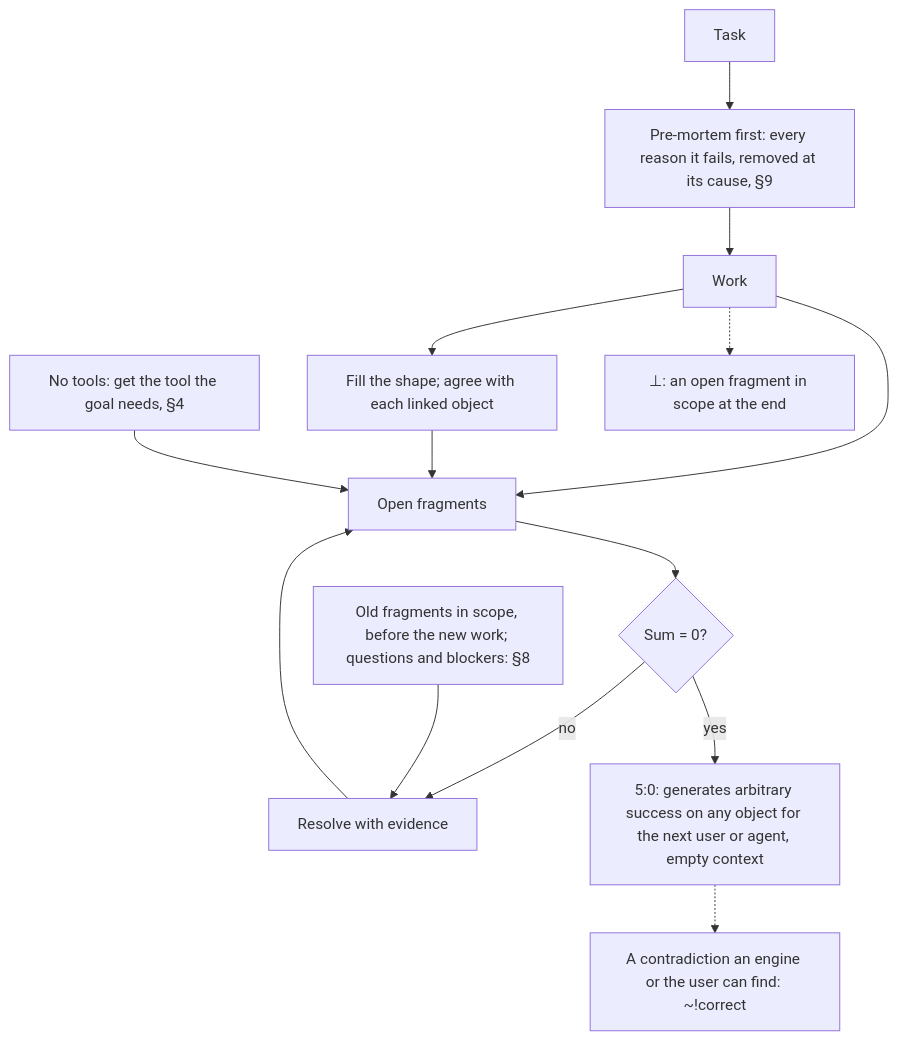
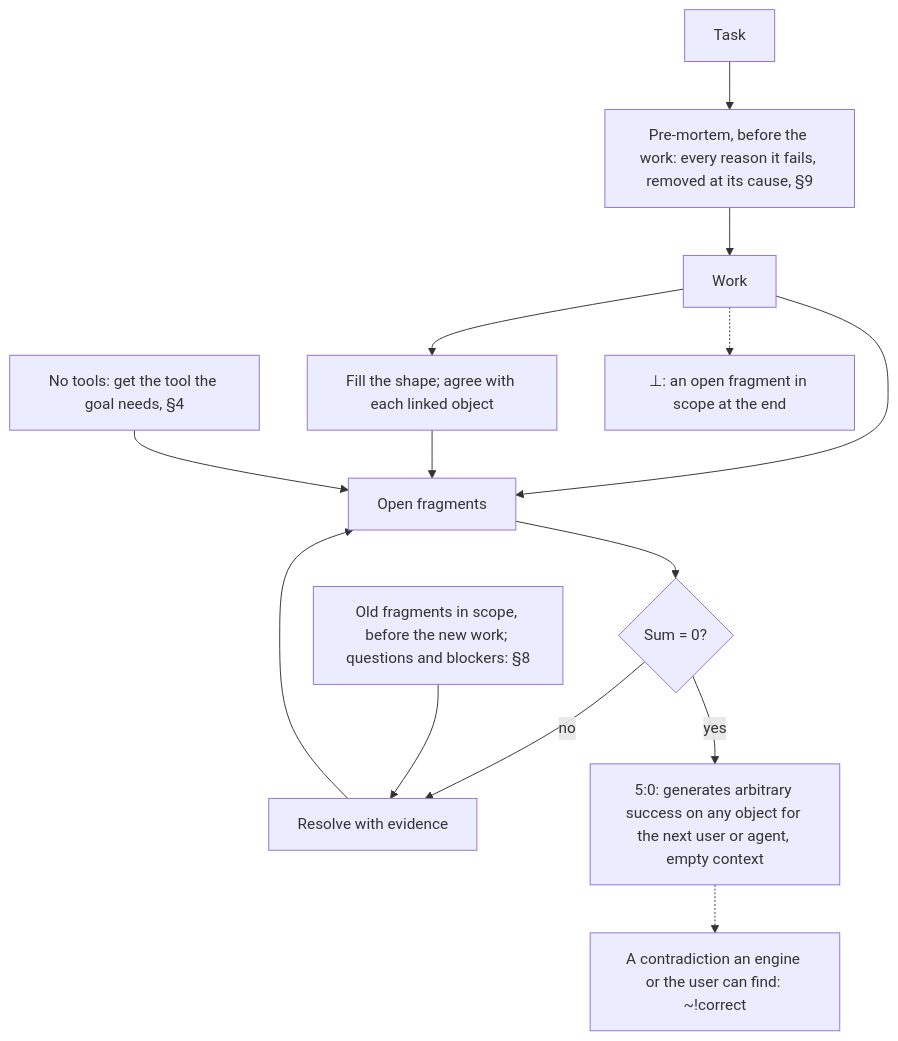
Before and after one commit to SolenixAI/arbiter: the second of 14 diagrams in AGENTS.md, drawn with Mermaid. The commit also changed other lines of this file and 2 other files, not shown here.

Commit message:
fix(agents): §4 installs only a found tool; §6 impact matches its keep rule; §13 has one ⊥ and the reference decides disagreements; pre-mortem before the work; ≻ and ‖ in the glossary

````diff
--- a/AGENTS.md
+++ b/AGENTS.md
@@ -73,11 +73,11 @@
 ```mermaid
 flowchart TD
-  T[Task] --> PM["Pre-mortem first: every reason it fails, removed at its cause, §9"] --> W[Work] --> L[Open fragments] --> C{"Sum = 0?"}
+  T[Task] --> PM["Pre-mortem, before the work: every reason it fails, removed at its cause, §9"] --> W[Work] --> L[Open fragments] --> C{"Sum = 0?"}
   C -->|no| F[Resolve with evidence] --> L
   W --> SH["Fill the shape; agree with each linked object"] --> L
   O["Old fragments in scope, before the new work; questions and blockers: §8"] --> F
   NT["No tools: get the tool the goal needs, §4"] --> L
   C -->|yes| D["5:0: generates arbitrary success on any object for the next user or agent, empty context"]
   D -.-> CO["A contradiction an engine or the user can find: ~!correct"]
   W -.-> BOT["⊥: an open fragment in scope at the end"]
 ```
````
